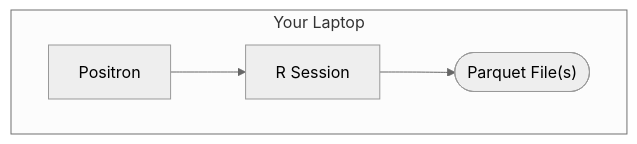
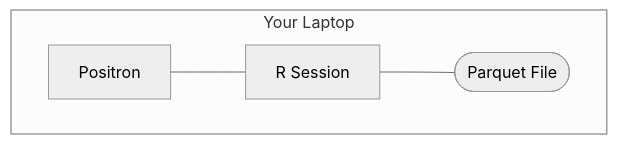
Before and after one commit to juliasilge/useR-2025: the second of 6 diagrams in index.qmd, drawn with Mermaid (neutral theme). The commit also changed other lines of this file and 1 other file, not shown here.

Commit message:
Fix problem with mermaid arrows

````diff
--- a/index.qmd
+++ b/index.qmd
@@ -89,8 +89,11 @@
 ```{mermaid}
 %%| fig-align: center
 flowchart
-subgraph "Your Laptop"
-A[Positron] --> B[R Session]
-B --> C(["Parquet File(s)"])
+subgraph X [Your Laptop]
+D[Positron]
+E[R Session]
+F([Parquet File])
+D --- E
+E --- F
 end
 ```
````
